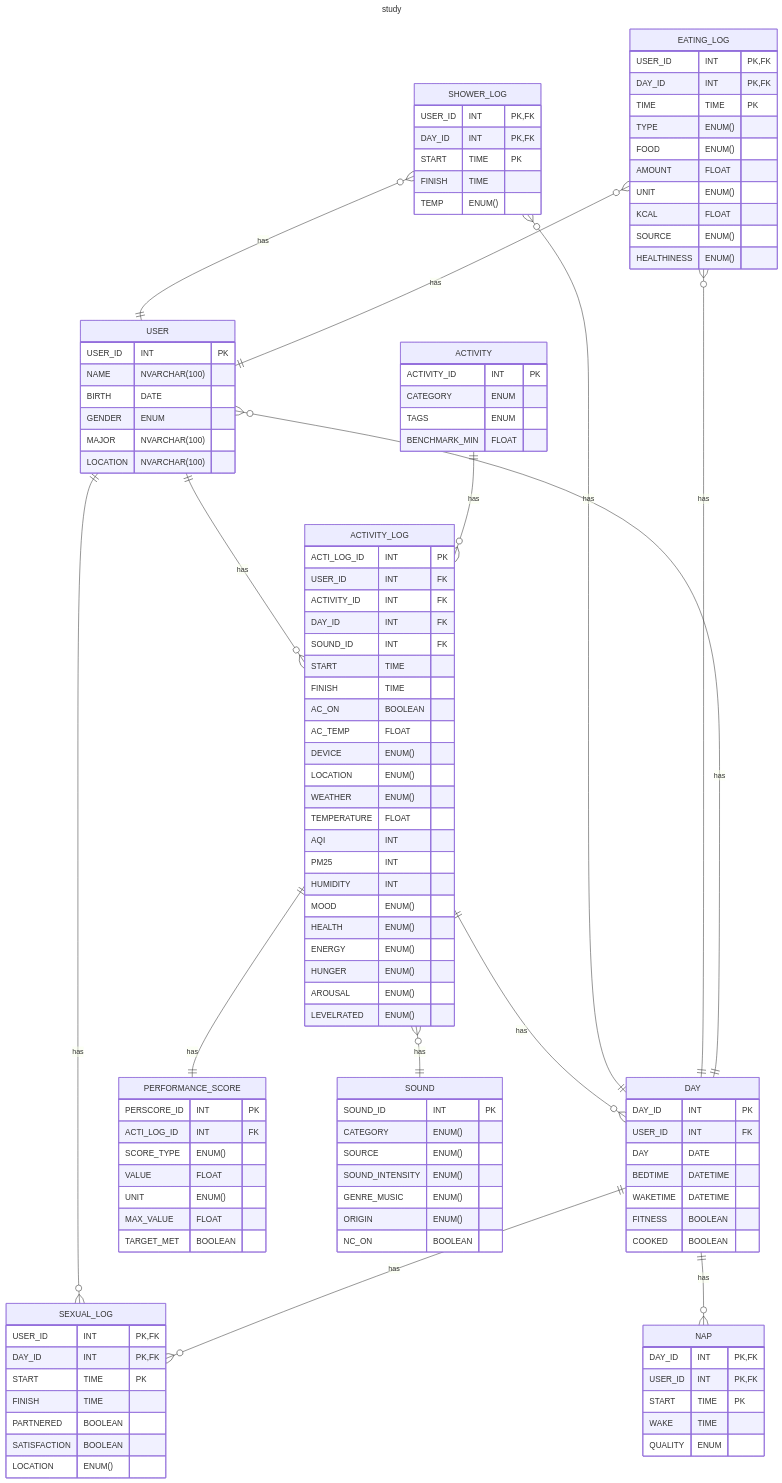
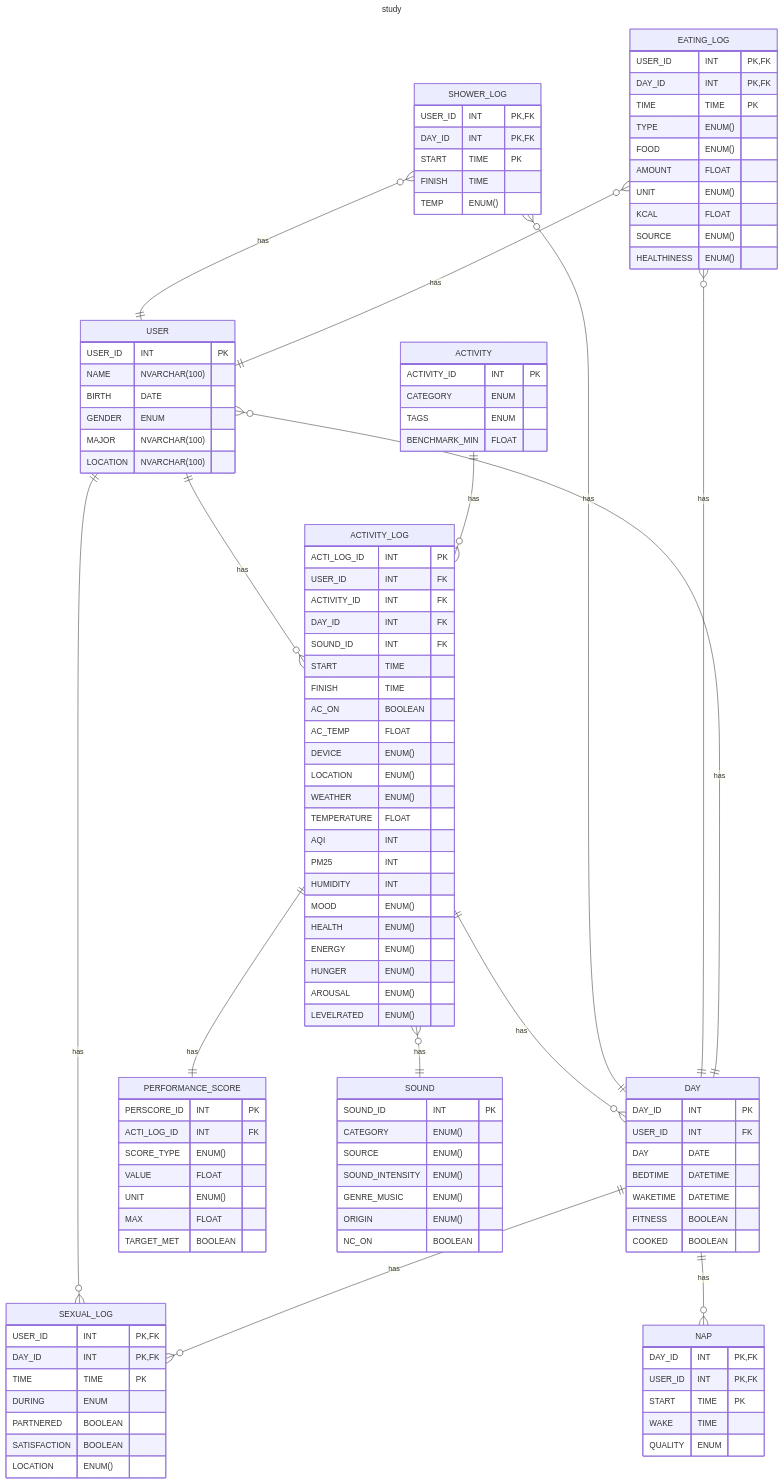
Before and after one commit to Bancie/LearningDB: the diagram in brain.study/README.md, drawn with Mermaid. The commit also changed other lines of this file and 1 other file, not shown here.

```diff
--- a/brain.study/README.md
+++ b/brain.study/README.md
@@ -70,15 +70,15 @@
         SCORE_TYPE ENUM()
         VALUE FLOAT
         UNIT ENUM()
-        MAX_VALUE FLOAT
+        MAX FLOAT
         TARGET_MET BOOLEAN
     }
 
     SEXUAL_LOG {
         USER_ID INT PK, FK
         DAY_ID INT PK, FK
-        START TIME PK
-        FINISH TIME
+        TIME TIME PK
+        DURING ENUM
         PARTNERED BOOLEAN
         SATISFACTION BOOLEAN
         LOCATION ENUM()
```
